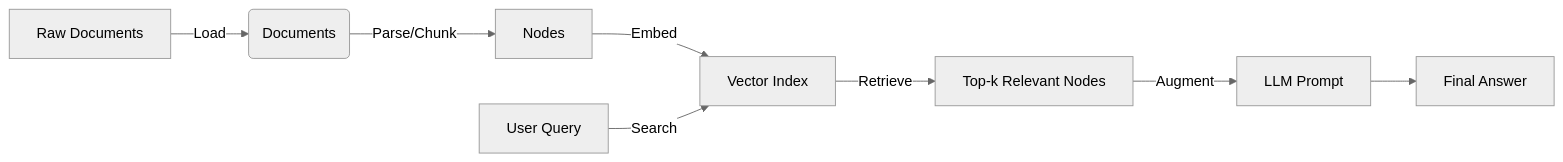
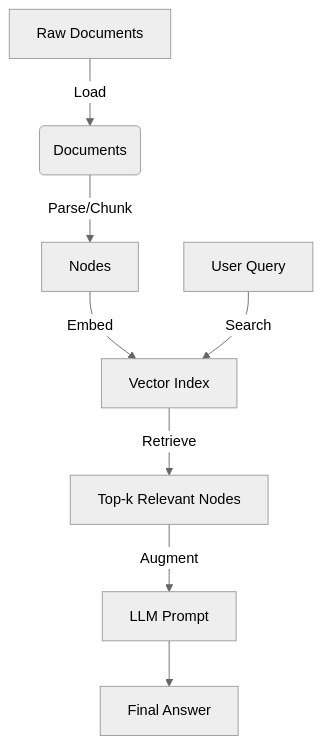
The first of 3 diagrams in docs/module-3/session-3.md (kaimibk/Software-Dev-Bootcamp), drawn with Mermaid (neutral theme) before and after one commit. The commit also changed other lines of this file, not shown here.

````diff
--- a/docs/module-3/session-3.md
+++ b/docs/module-3/session-3.md
@@ -50,10 +49,10 @@
 ```mermaid
-graph LR
+graph TB
     A[Raw Documents] -->|Load| B(Documents);
     B -->|Parse/Chunk| C[Nodes];
     C -->|Embed| D[Vector Index];
     E[User Query] -->|Search| D;
     D -->|Retrieve| F[Top-k Relevant Nodes];
     F -->|Augment| G[LLM Prompt];
     G --> H[Final Answer];
 ```
````
